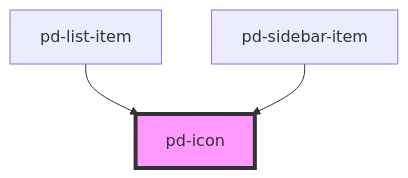
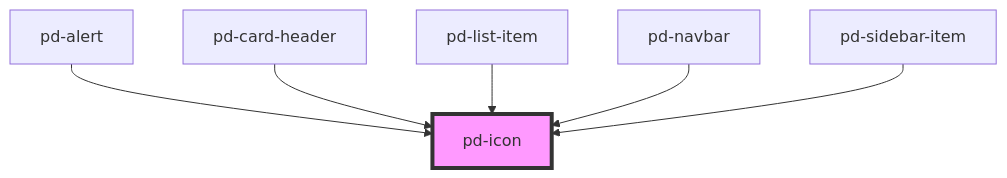
One commit to Lambda-IT/parlamentsdienste-components changed the diagram in src/components/pd-icon/readme.md. Above: the diagram before and after it, drawn with Mermaid. The commit also changed other lines of this file and 33 other files, not shown here.

````diff
--- a/src/components/pd-icon/readme.md
+++ b/src/components/pd-icon/readme.md
@@ -50,6 +53,9 @@
 ```mermaid
 graph TD;
+  pd-alert --> pd-icon
+  pd-card-header --> pd-icon
   pd-list-item --> pd-icon
+  pd-navbar --> pd-icon
   pd-sidebar-item --> pd-icon
   style pd-icon fill:#f9f,stroke:#333,stroke-width:4px
 ```
````
